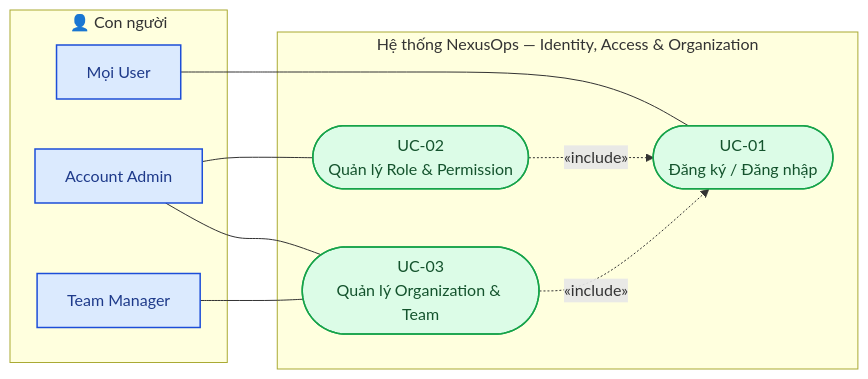
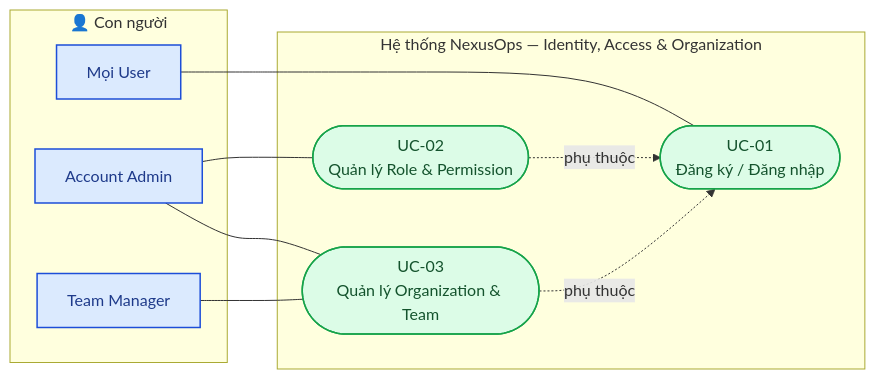
The second of 16 diagrams in README.md (NguyenBao0305/Intelligent-Incident-Reliability-Operations-Platform), drawn with Mermaid before and after one commit. The commit also changed other lines of this file, not shown here.

````diff
--- a/README.md
+++ b/README.md
@@ -314,27 +274,27 @@
 ```mermaid
 flowchart LR
     subgraph ACTORS_A["👤 Con người"]
         AllUsers[Mọi User]
         AccountAdmin[Account Admin]
         TeamManager[Team Manager]
     end
 
     subgraph SYS_A["Hệ thống NexusOps — Identity, Access & Organization"]
         UC01(["UC-01<br/>Đăng ký / Đăng nhập"])
         UC02(["UC-02<br/>Quản lý Role & Permission"])
         UC03(["UC-03<br/>Quản lý Organization & Team"])
     end
 
     AllUsers --- UC01
     AccountAdmin --- UC02
     AccountAdmin --- UC03
     TeamManager --- UC03
 
-    UC02 -.->|"«include»"| UC01
-    UC03 -.->|"«include»"| UC01
+    UC02 -.->|"phụ thuộc"| UC01
+    UC03 -.->|"phụ thuộc"| UC01
 
     classDef actorHuman fill:#dbeafe,stroke:#1d4ed8,stroke-width:1.5px,color:#1e3a8a
     classDef usecase fill:#dcfce7,stroke:#16a34a,stroke-width:1.5px,color:#14532d
     class AllUsers,AccountAdmin,TeamManager actorHuman
     class UC01,UC02,UC03 usecase
 ```
````
